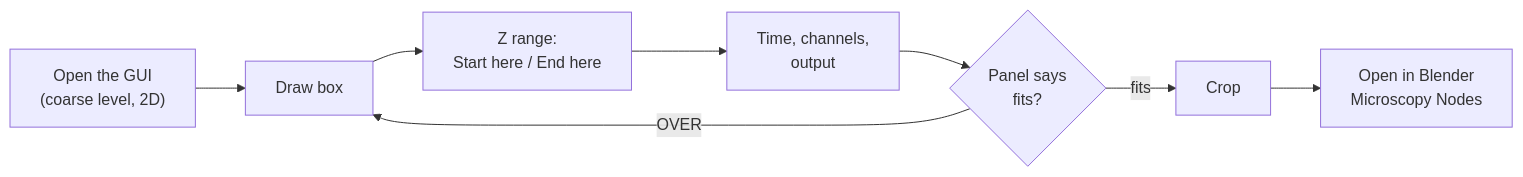
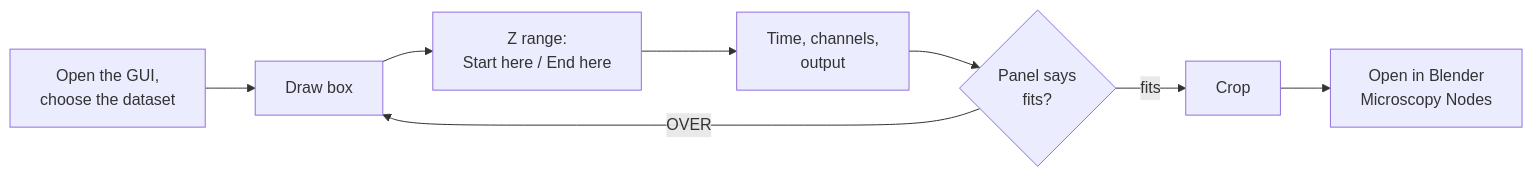
Before and after one commit to JurgenKriel/macro_candi: the diagram in docs/pipeline/04-cropping.md, drawn with Mermaid. The commit also changed other lines of this file and 12 other files, not shown here.

First line of the commit message:
Crop GUI: choose the dataset in napari (no --store needed)

````diff
--- a/docs/pipeline/04-cropping.md
+++ b/docs/pipeline/04-cropping.md
@@ -30,10 +30,10 @@
 ```mermaid
 flowchart LR
-    a["Open the GUI<br/>(coarse level, 2D)"] --> b["Draw box"]
+    a["Open the GUI,<br/>choose the dataset"] --> b["Draw box"]
     b --> c["Z range:<br/>Start here / End here"]
     c --> d["Time, channels,<br/>output"]
     d --> e{"Panel says<br/>fits?"}
     e -->|OVER| b
     e -->|fits| f["Crop"]
     f --> g["Open in Blender<br/>Microscopy Nodes"]
 ```
````
